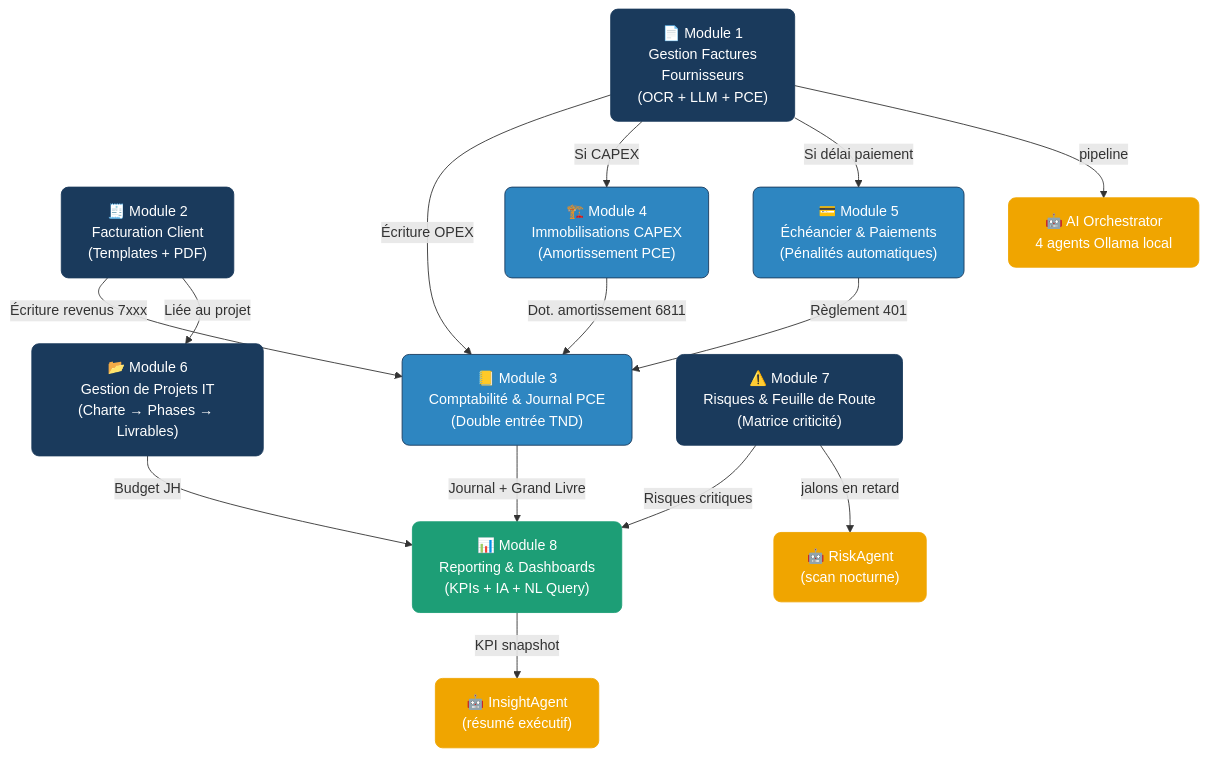
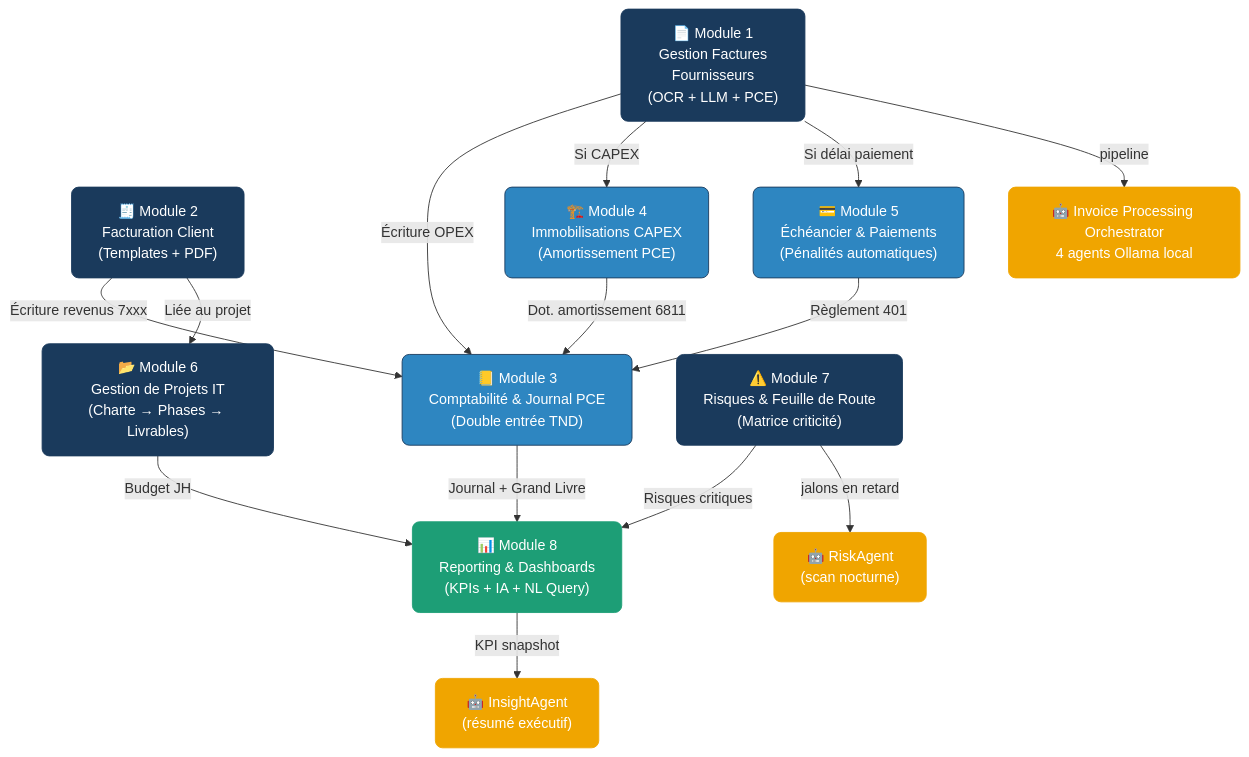
The diagram in docs/diagrams/02_architecture_fonctionnelle.md (bayaCh05/biat-billing-agent), drawn with Mermaid before and after one commit. The commit also changed 23 other files, not shown here.

First line of the commit message:
refactor: rename AIOrchestrator to InvoiceProcessingOrchestrator

````diff
--- a/docs/diagrams/02_architecture_fonctionnelle.md
+++ b/docs/diagrams/02_architecture_fonctionnelle.md
@@ -4,43 +4,43 @@
 ```mermaid
 flowchart TB
   classDef module fill:#1A3A5C,color:#fff,stroke:#1A3A5C,rx:8
   classDef flow fill:#2E86C1,color:#fff,stroke:#2E86C1
   classDef ai fill:#F0A500,color:#fff,stroke:#F0A500,rx:8
   classDef report fill:#1D9E76,color:#fff,stroke:#1D9E76,rx:8
 
   M1["📄 Module 1\nGestion Factures\nFournisseurs\n(OCR + LLM + PCE)"]:::module
   M2["🧾 Module 2\nFacturation Client\n(Templates + PDF)"]:::module
   M3["📒 Module 3\nComptabilité & Journal PCE\n(Double entrée TND)"]:::module
   M4["🏗️ Module 4\nImmobilisations CAPEX\n(Amortissement PCE)"]:::module
   M5["💳 Module 5\nÉchéancier & Paiements\n(Pénalités automatiques)"]:::module
   M6["📂 Module 6\nGestion de Projets IT\n(Charte → Phases → Livrables)"]:::module
   M7["⚠️ Module 7\nRisques & Feuille de Route\n(Matrice criticité)"]:::module
   M8["📊 Module 8\nReporting & Dashboards\n(KPIs + IA + NL Query)"]:::report
 
-  AI1["🤖 AI Orchestrator\n4 agents Ollama local"]:::ai
+  AI1["🤖 Invoice Processing Orchestrator\n4 agents Ollama local"]:::ai
   AI2["🤖 RiskAgent\n(scan nocturne)"]:::ai
   AI3["🤖 InsightAgent\n(résumé exécutif)"]:::ai
 
   M1 -->|"Écriture OPEX"| M3
   M1 -->|"Si CAPEX"| M4
   M1 -->|"Si délai paiement"| M5
   M2 -->|"Écriture revenus 7xxx"| M3
   M2 -->|"Liée au projet"| M6
   M4 -->|"Dot. amortissement 6811"| M3
   M5 -->|"Règlement 401"| M3
   M6 -->|"Budget JH"| M8
   M7 -->|"Risques critiques"| M8
   M3 -->|"Journal + Grand Livre"| M8
   M1 -->|"pipeline"| AI1
   M7 -->|"jalons en retard"| AI2
   M8 -->|"KPI snapshot"| AI3
 
   style M1 fill:#1A3A5C,color:#fff
   style M2 fill:#1A3A5C,color:#fff
   style M3 fill:#2E86C1,color:#fff
   style M4 fill:#2E86C1,color:#fff
   style M5 fill:#2E86C1,color:#fff
   style M6 fill:#1A3A5C,color:#fff
   style M7 fill:#1A3A5C,color:#fff
   style M8 fill:#1D9E76,color:#fff
 ```
````
